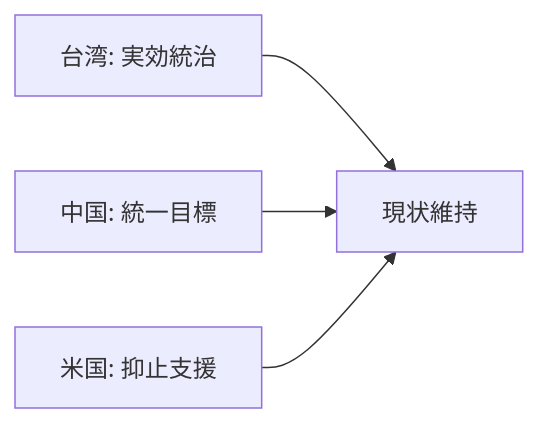
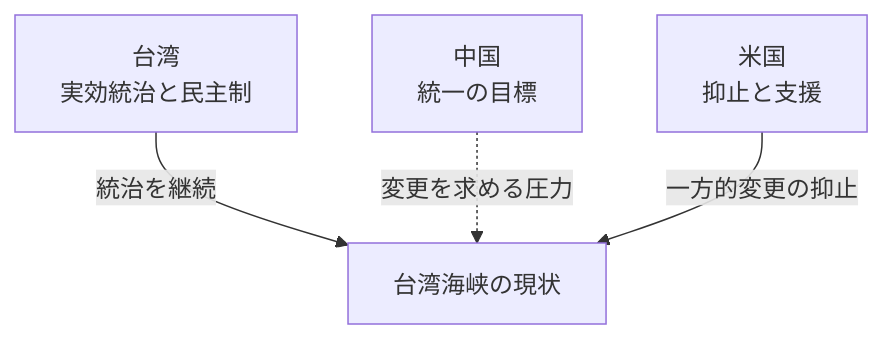
Before and after one commit to daylight55/research: the second of 2 diagrams in articles/report/taiwan-history-cross-strait/ja/index.mdx, drawn with Mermaid. The commit also changed other lines of this file and 181 other files, not shown here.

First line of the commit message:
全記事の図解368点を再生成し、共通注意書きを削除 (#402)

````diff
--- a/articles/report/taiwan-history-cross-strait/ja/index.mdx
+++ b/articles/report/taiwan-history-cross-strait/ja/index.mdx
@@ -59,11 +62,12 @@
 ```mermaid
-flowchart LR
-    Taiwan["台湾: 実効統治"]
-    PRC["中国: 統一目標"]
-    US["米国: 抑止支援"]
-    StatusQuo["現状維持"]
-
-    Taiwan --> StatusQuo
-    PRC --> StatusQuo
-    US --> StatusQuo
+flowchart TD
+  accTitle: 台湾の実効統治・中国の統一目標・米国の抑止
+  accDescr: 三者は同じ意味で現状維持を求めているわけではない。統一圧力、実効統治、抑止支援という異なる作用を示す。
+  N0["台湾<br/>実効統治と民主制"]
+  N1["中国<br/>統一の目標"]
+  N2["米国<br/>抑止と支援"]
+  N3["台湾海峡の現状"]
+  N0 -->|統治を継続| N3
+  N1 -.->|変更を求める圧力| N3
+  N2 -->|一方的変更の抑止| N3
 ```
````
